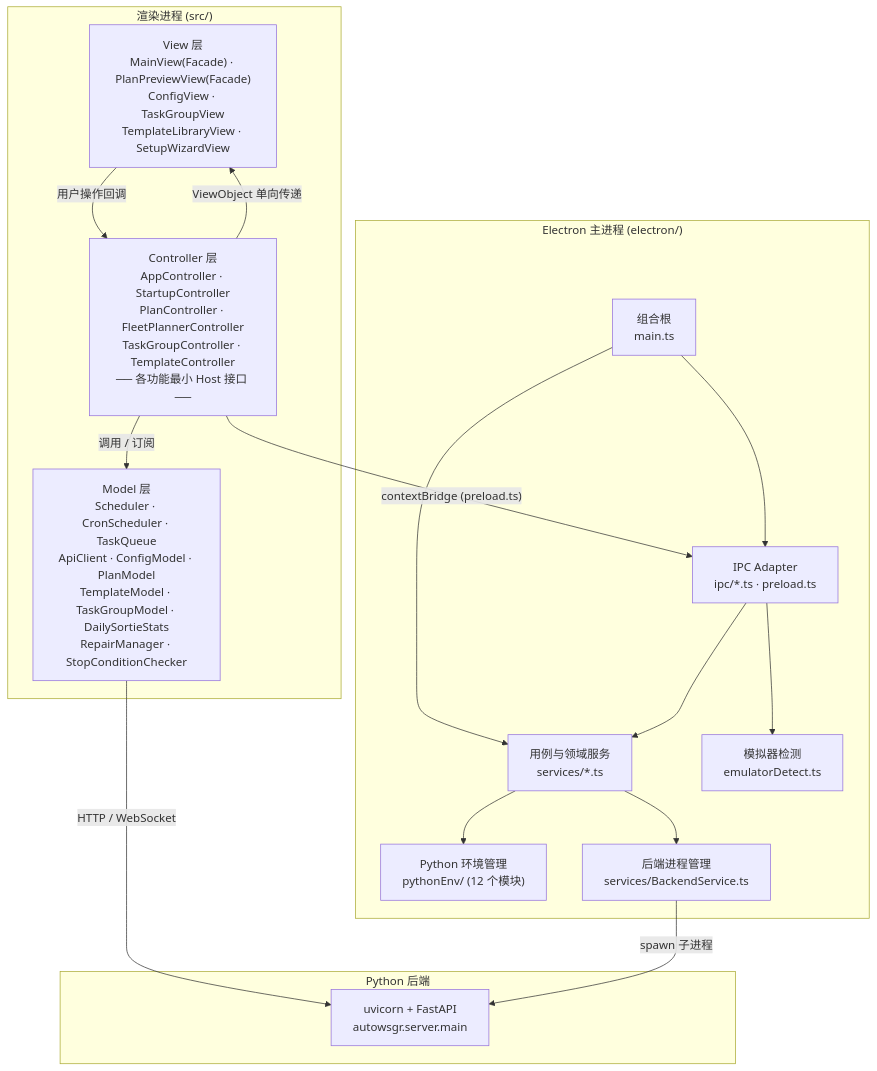
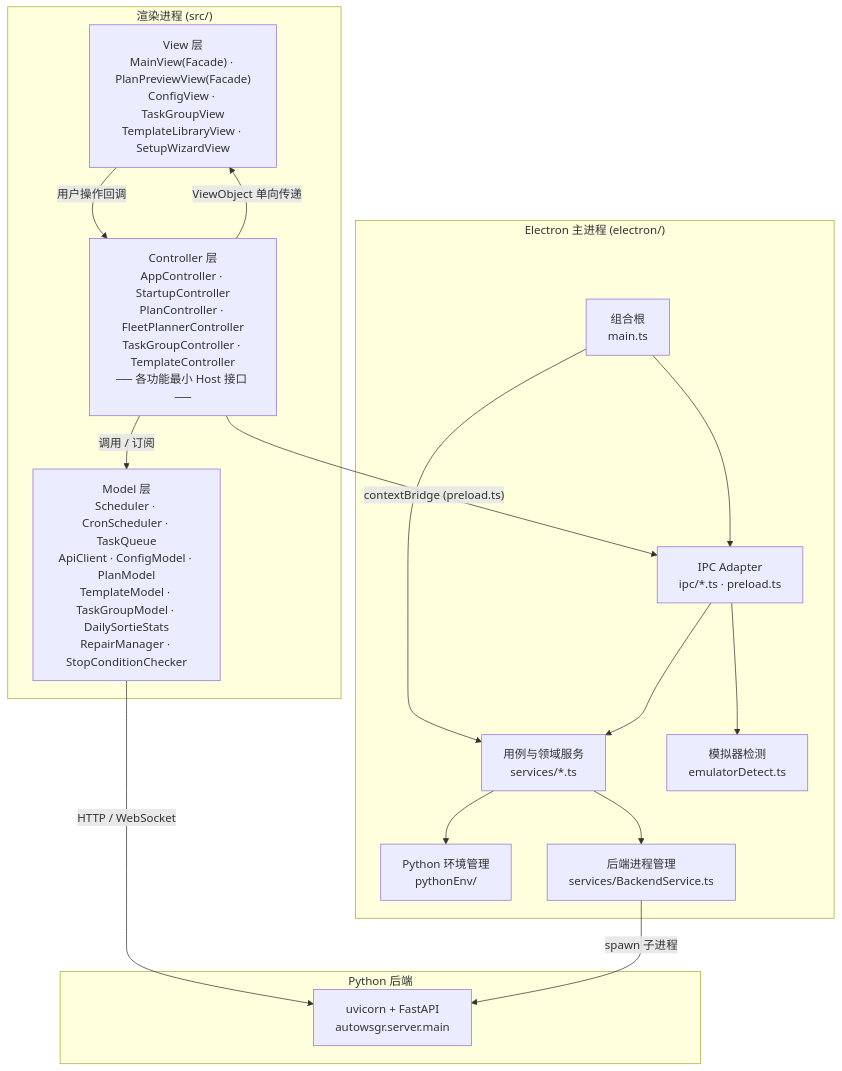
Before and after one commit to ShiinaKuroko/AutoWSGR-GUI: the first of 2 diagrams in docs/architecture/00-overview.md, drawn with Mermaid. The commit also changed other lines of this file and 115 other files, not shown here.

````diff
--- a/docs/architecture/00-overview.md
+++ b/docs/architecture/00-overview.md
@@ -15,34 +15,34 @@
 ```mermaid
 graph TB
   subgraph Renderer["渲染进程 (src/)"]
     View["View 层<br/>MainView(Facade) · PlanPreviewView(Facade)<br/>ConfigView · TaskGroupView<br/>TemplateLibraryView · SetupWizardView"]
     Controller["Controller 层<br/>AppController · StartupController<br/>PlanController · FleetPlannerController<br/>TaskGroupController · TemplateController<br/>── 各功能最小 Host 接口 ──"]
     Model["Model 层<br/>Scheduler · CronScheduler · TaskQueue<br/>ApiClient · ConfigModel · PlanModel<br/>TemplateModel · TaskGroupModel · DailySortieStats<br/>RepairManager · StopConditionChecker"]
   end
 
   subgraph Main["Electron 主进程 (electron/)"]
     Root["组合根<br/>main.ts"]
     IPC["IPC Adapter<br/>ipc/*.ts · preload.ts"]
     Service["用例与领域服务<br/>services/*.ts"]
-    PyEnv["Python 环境管理<br/>pythonEnv/ (12 个模块)"]
+    PyEnv["Python 环境管理<br/>pythonEnv/"]
     Backend["后端进程管理<br/>services/BackendService.ts"]
     Emulator["模拟器检测<br/>emulatorDetect.ts"]
   end
 
   subgraph PythonBackend["Python 后端"]
     ASGI["uvicorn + FastAPI<br/>autowsgr.server.main"]
   end
 
   View -->|"用户操作回调"| Controller
   Controller -->|"ViewObject 单向传递"| View
   Controller -->|"调用 / 订阅"| Model
   Model -->|"HTTP / WebSocket"| ASGI
   Controller -->|"contextBridge (preload.ts)"| IPC
   Root --> IPC
   Root --> Service
   IPC --> Service
   Service --> PyEnv
   Service --> Backend
   IPC --> Emulator
   Backend -->|"spawn 子进程"| ASGI
 ```
````
